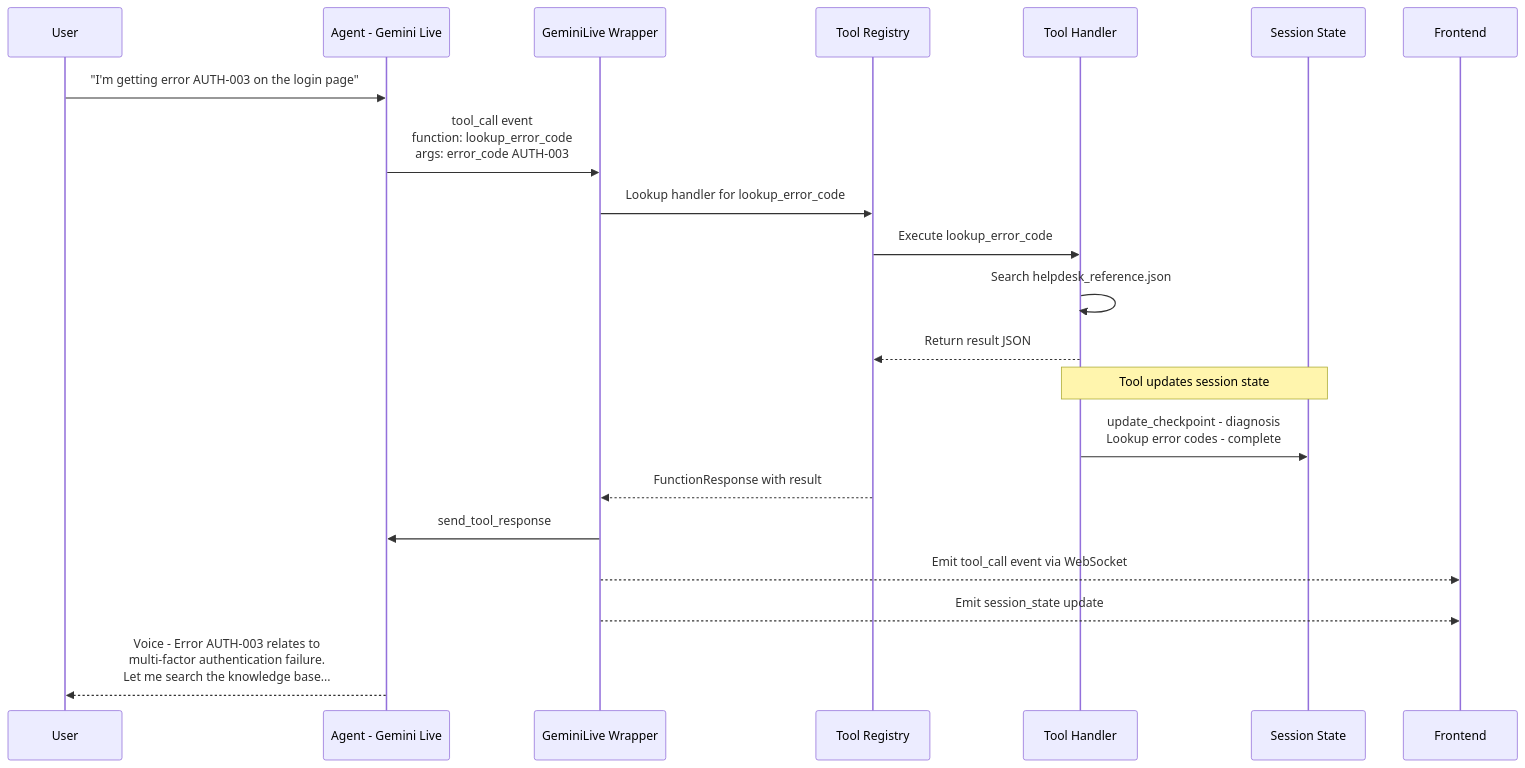
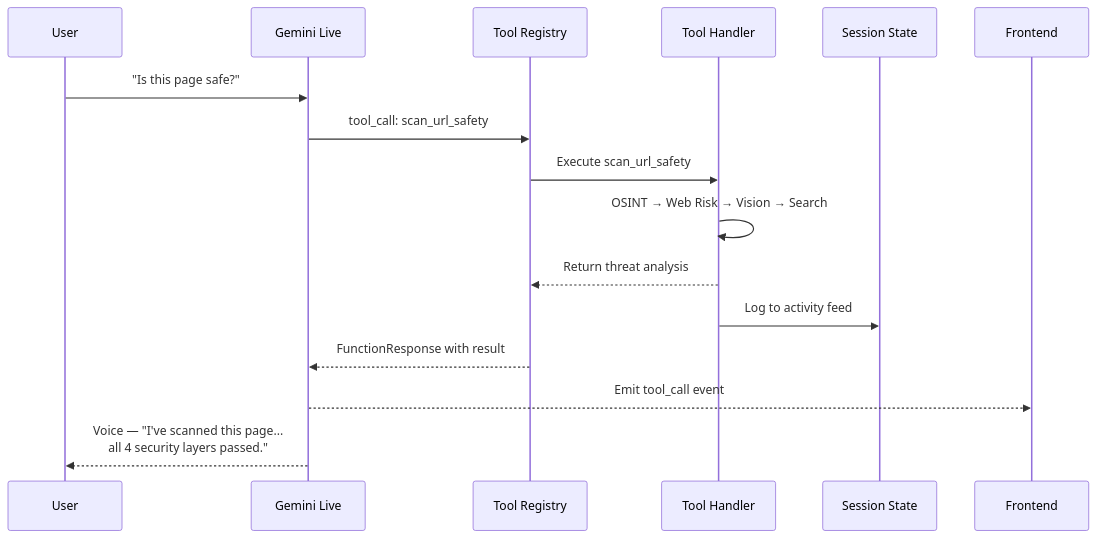
The seventh of 10 diagrams in docs/architecture-diagrams.md (vigneshbarani24/resolve-vigil), drawn with Mermaid before and after one commit. The commit also changed other lines of this file and 19 other files, not shown here.

````diff
--- a/docs/architecture-diagrams.md
+++ b/docs/architecture-diagrams.md
@@ -144,32 +372,24 @@
 ```mermaid
 sequenceDiagram
     participant User
-    participant Agent as Agent - Gemini Live
-    participant GeminiLive as GeminiLive Wrapper
+    participant Agent as Gemini Live
     participant Registry as Tool Registry
     participant Handler as Tool Handler
     participant Session as Session State
     participant Frontend
 
-    User->>Agent: "I'm getting error AUTH-003 on the login page"
+    User->>Agent: "Is this page safe?"
 
-    Agent->>GeminiLive: tool_call event<br/>function: lookup_error_code<br/>args: error_code AUTH-003
+    Agent->>Registry: tool_call: scan_url_safety
 
-    GeminiLive->>Registry: Lookup handler for lookup_error_code
-    Registry->>Handler: Execute lookup_error_code
+    Registry->>Handler: Execute scan_url_safety
+    Handler->>Handler: OSINT → Web Risk → Vision → Search
+    Handler-->>Registry: Return threat analysis
 
-    Handler->>Handler: Search helpdesk_reference.json
-    Handler-->>Registry: Return result JSON
+    Handler->>Session: Log to activity feed
 
-    Note over Handler,Session: Tool updates session state
-    Handler->>Session: update_checkpoint - diagnosis<br/>Lookup error codes - complete
+    Registry-->>Agent: FunctionResponse with result
 
-    Registry-->>GeminiLive: FunctionResponse with result
-
-    GeminiLive->>Agent: send_tool_response
-
-    GeminiLive-->>Frontend: Emit tool_call event via WebSocket
-    GeminiLive-->>Frontend: Emit session_state update
-
-    Agent-->>User: Voice - Error AUTH-003 relates to<br/>multi-factor authentication failure.<br/>Let me search the knowledge base...
+    Agent-->>Frontend: Emit tool_call event
+    Agent-->>User: Voice — "I've scanned this page...<br/>all 4 security layers passed."
 ```
````
